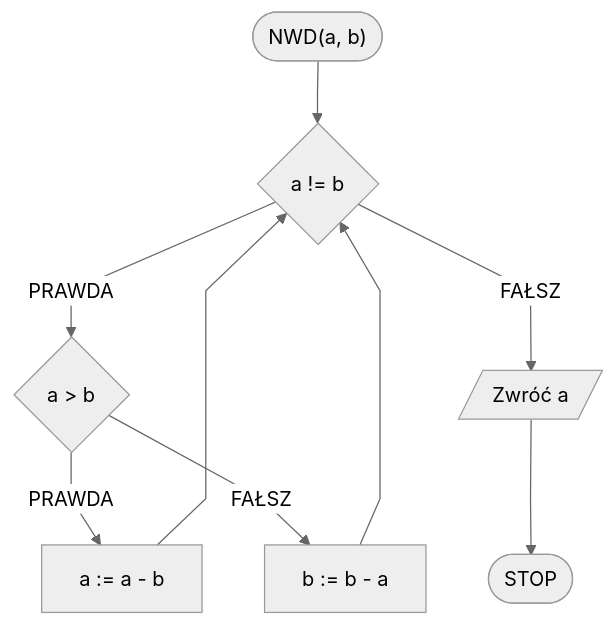
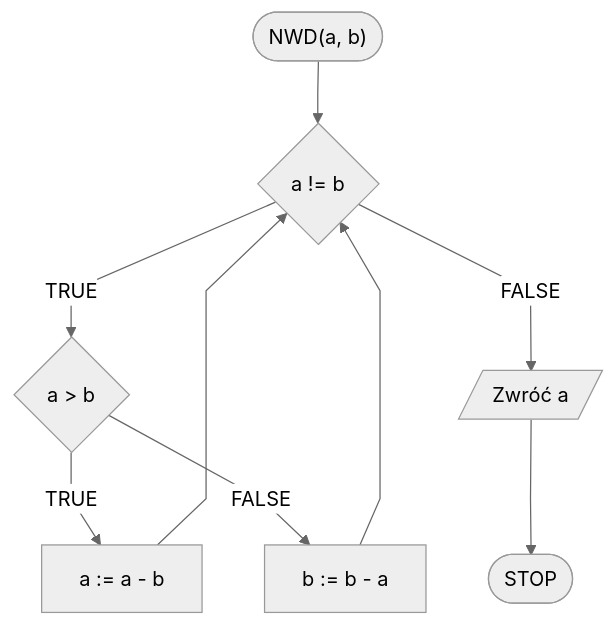
The first of 3 diagrams in docs/algorithms/integers/gcd.md (blackbat13/edu-cs-htiew-en), drawn with Mermaid before and after one commit. The commit also changed other lines of this file and 682 other files, not shown here.

````diff
--- a/docs/algorithms/integers/gcd.md
+++ b/docs/algorithms/integers/gcd.md
@@ -102,12 +102,12 @@
 ```mermaid
 %%{init: {"flowchart": {"curve": "linear"}, "theme": "neutral"} }%%
 flowchart TD
 	START(["NWD(a, b)"]) --> K1{a != b}
-	K1 -- PRAWDA --> K2{a > b}
-	K2 -- PRAWDA --> K3[a := a - b]
+	K1 -- TRUE --> K2{a > b}
+	K2 -- TRUE --> K3[a := a - b]
 	K3 --> K1
-	K2 -- FAŁSZ --> K5[b := b - a]
+	K2 -- FALSE --> K5[b := b - a]
 	K5 --> K1
-	K1 -- FAŁSZ --> K6[/Zwróć a/]
+	K1 -- FALSE --> K6[/Zwróć a/]
 	K6 --> STOP([STOP])
 ```
````
